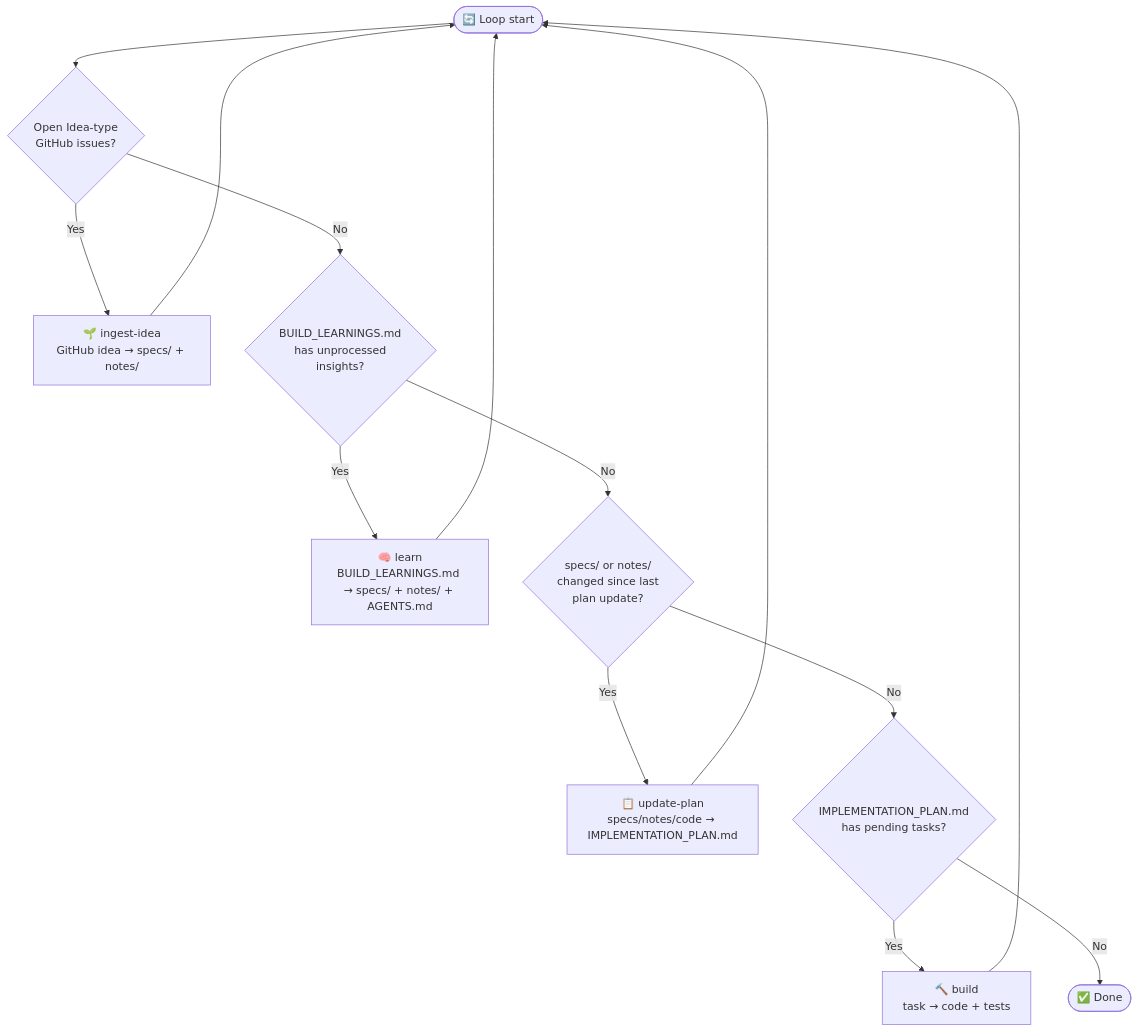
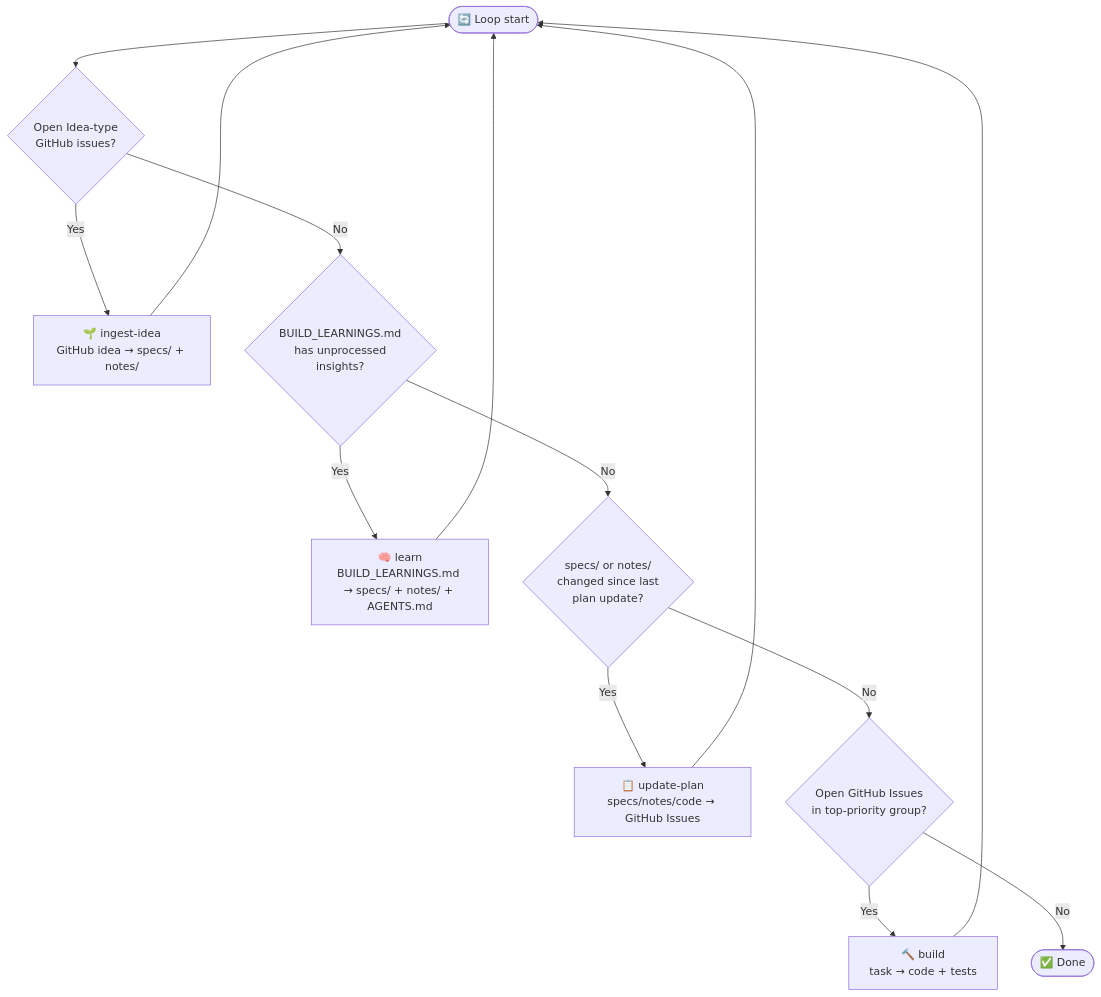
The diagram in notes/agentic-workflow.md (CERTCC/Vultron), drawn with Mermaid before and after one commit. The commit also changed other lines of this file and 30 other files, not shown here.

First line of the commit message:
chore: eradicate plan/IMPLEMENTATION_PLAN.md and all references

````diff
--- a/notes/agentic-workflow.md
+++ b/notes/agentic-workflow.md
@@ -119,24 +118,24 @@
 ```mermaid
 flowchart TD
     START([🔄 Loop start]) --> CHK_IDEAS{Open Idea-type\nGitHub issues?}
 
     CHK_IDEAS -->|Yes| INGEST["🌱 ingest-idea\nGitHub idea → specs/ + notes/"]
     INGEST --> START
 
     CHK_IDEAS -->|No| CHK_NOTES{BUILD_LEARNINGS.md\nhas unprocessed\ninsights?}
 
     CHK_NOTES -->|Yes| LEARN["🧠 learn\nBUILD_LEARNINGS.md → specs/ + notes/ + AGENTS.md"]
     LEARN --> START
 
     CHK_NOTES -->|No| CHK_SPECS{specs/ or notes/\nchanged since last\nplan update?}
 
-    CHK_SPECS -->|Yes| UPDATE["📋 update-plan\nspecs/notes/code → IMPLEMENTATION_PLAN.md"]
+    CHK_SPECS -->|Yes| UPDATE["📋 update-plan\nspecs/notes/code → GitHub Issues"]
     UPDATE --> START
 
-    CHK_SPECS -->|No| CHK_TASKS{IMPLEMENTATION_PLAN.md\nhas pending tasks?}
+    CHK_SPECS -->|No| CHK_TASKS{Open GitHub Issues\nin top-priority group?}
 
     CHK_TASKS -->|Yes| BUILD["🔨 build\ntask → code + tests"]
     BUILD --> START
 
     CHK_TASKS -->|No| DONE([✅ Done])
 ```
````
